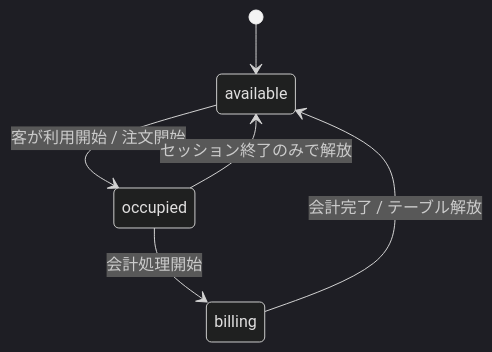
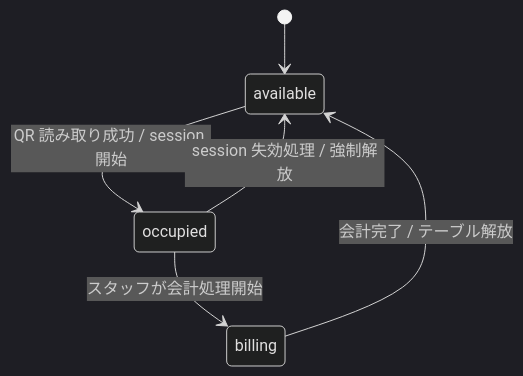
The fourth of 10 diagrams in docs/spec/reverse_engineered_system_spec.md (inoUwU/pinu), drawn with Mermaid (dark theme) before and after one commit. The commit also changed other lines of this file and 6 other files, not shown here.

````diff
--- a/docs/spec/reverse_engineered_system_spec.md
+++ b/docs/spec/reverse_engineered_system_spec.md
@@ -165,8 +161,8 @@
 ```mermaid
 stateDiagram-v2
     [*] --> available
-    available --> occupied: 客が利用開始 / 注文開始
-    occupied --> billing: 会計処理開始
+    available --> occupied: QR 読み取り成功 / session 開始
+    occupied --> billing: スタッフが会計処理開始
     billing --> available: 会計完了 / テーブル解放
-    occupied --> available: セッション終了のみで解放
+    occupied --> available: session 失効処理 / 強制解放
 ```
````
